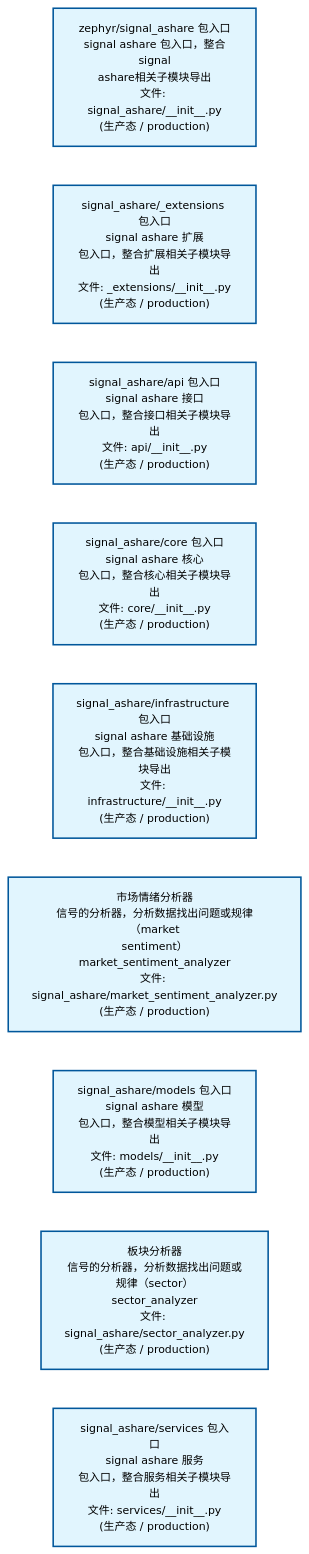
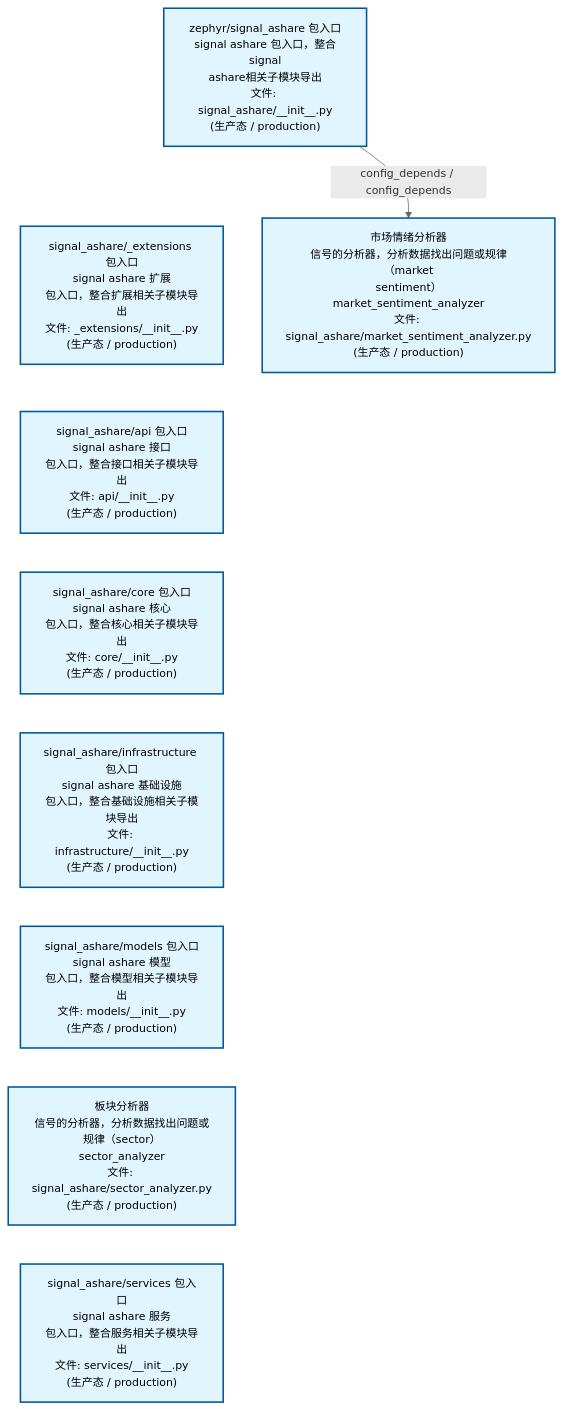
Before and after one commit to xuanFelixVan/ZephyrAlpha: the second of 4 diagrams in docs/02_enterprise_architecture/02_domain_architecture_docs/32_d_ashare_signal.md, drawn with Mermaid. The commit also changed other lines of this file and 41 other files, not shown here.

````diff
--- a/docs/02_enterprise_architecture/02_domain_architecture_docs/32_d_ashare_signal.md
+++ b/docs/02_enterprise_architecture/02_domain_architecture_docs/32_d_ashare_signal.md
@@ -111,26 +112,26 @@
 ```mermaid
 %%{init: {'theme': 'base', 'themeVariables': {'primaryColor': '#eaeaea', 'primaryTextColor': '#333333', 'primaryBorderColor': '#666666', 'lineColor': '#666666', 'secondaryColor': '#eaeaea', 'tertiaryColor': '#eaeaea', 'fontSize': '14px'}}}%%
 flowchart TD
     src_zephyr_signal_ashare_init_py["zephyr/signal_ashare 包入口<br/>signal ashare 包入口，整合signal<br/>ashare相关子模块导出<br/>文件: signal_ashare/__init__.py<br/>(生产态 / production)"]
     src_zephyr_signal_ashare_extensions_init_py["signal_ashare/_extensions 包入口<br/>signal ashare 扩展<br/>包入口，整合扩展相关子模块导出<br/>文件: _extensions/__init__.py<br/>(生产态 / production)"]
     src_zephyr_signal_ashare_api_init_py["signal_ashare/api 包入口<br/>signal ashare 接口<br/>包入口，整合接口相关子模块导出<br/>文件: api/__init__.py<br/>(生产态 / production)"]
     src_zephyr_signal_ashare_core_init_py["signal_ashare/core 包入口<br/>signal ashare 核心<br/>包入口，整合核心相关子模块导出<br/>文件: core/__init__.py<br/>(生产态 / production)"]
     src_zephyr_signal_ashare_infrastructure_init_py["signal_ashare/infrastructure 包入口<br/>signal ashare 基础设施<br/>包入口，整合基础设施相关子模块导出<br/>文件: infrastructure/__init__.py<br/>(生产态 / production)"]
-    src_zephyr_signal_ashare_market_sentiment_analyzer_py["市场情绪分析器<br/>信号的分析器，分析数据找出问题或规律（market<br/>sentiment）<br/>market_sentiment_analyzer<br/>文件: signal_ashare/market_sentiment_analyzer.py<br/>(生产态 / production)"]
     src_zephyr_signal_ashare_models_init_py["signal_ashare/models 包入口<br/>signal ashare 模型<br/>包入口，整合模型相关子模块导出<br/>文件: models/__init__.py<br/>(生产态 / production)"]
     src_zephyr_signal_ashare_sector_analyzer_py["板块分析器<br/>信号的分析器，分析数据找出问题或规律（sector）<br/>sector_analyzer<br/>文件: signal_ashare/sector_analyzer.py<br/>(生产态 / production)"]
     src_zephyr_signal_ashare_services_init_py["signal_ashare/services 包入口<br/>signal ashare 服务<br/>包入口，整合服务相关子模块导出<br/>文件: services/__init__.py<br/>(生产态 / production)"]
     src_zephyr_signal_ashare_init_py ~~~ src_zephyr_signal_ashare_extensions_init_py
     src_zephyr_signal_ashare_extensions_init_py ~~~ src_zephyr_signal_ashare_api_init_py
     src_zephyr_signal_ashare_api_init_py ~~~ src_zephyr_signal_ashare_core_init_py
     src_zephyr_signal_ashare_core_init_py ~~~ src_zephyr_signal_ashare_infrastructure_init_py
-    src_zephyr_signal_ashare_infrastructure_init_py ~~~ src_zephyr_signal_ashare_market_sentiment_analyzer_py
-    src_zephyr_signal_ashare_market_sentiment_analyzer_py ~~~ src_zephyr_signal_ashare_models_init_py
+    src_zephyr_signal_ashare_infrastructure_init_py ~~~ src_zephyr_signal_ashare_models_init_py
     src_zephyr_signal_ashare_models_init_py ~~~ src_zephyr_signal_ashare_sector_analyzer_py
     src_zephyr_signal_ashare_sector_analyzer_py ~~~ src_zephyr_signal_ashare_services_init_py
+    src_zephyr_signal_ashare_market_sentiment_analyzer_py["市场情绪分析器<br/>信号的分析器，分析数据找出问题或规律（market<br/>sentiment）<br/>market_sentiment_analyzer<br/>文件: signal_ashare/market_sentiment_analyzer.py<br/>(生产态 / production)"]
+    src_zephyr_signal_ashare_init_py -->|config_depends / config_depends| src_zephyr_signal_ashare_market_sentiment_analyzer_py
     classDef production fill:#e1f5fe,stroke:#01579b,stroke-width:2px,color:#000
     classDef design fill:#fff3e0,stroke:#e65100,stroke-width:2px,color:#000,stroke-dasharray: 5 5
     classDef external_prod fill:#e8f4fd,stroke:#0277bd,stroke-width:1px,color:#000
     classDef external_design fill:#fff8e7,stroke:#ef6c00,stroke-width:1px,color:#000,stroke-dasharray: 5 5
     class src_zephyr_signal_ashare_init_py,src_zephyr_signal_ashare_extensions_init_py,src_zephyr_signal_ashare_api_init_py,src_zephyr_signal_ashare_core_init_py,src_zephyr_signal_ashare_infrastructure_init_py,src_zephyr_signal_ashare_market_sentiment_analyzer_py,src_zephyr_signal_ashare_models_init_py,src_zephyr_signal_ashare_sector_analyzer_py,src_zephyr_signal_ashare_services_init_py production
 ```
````
